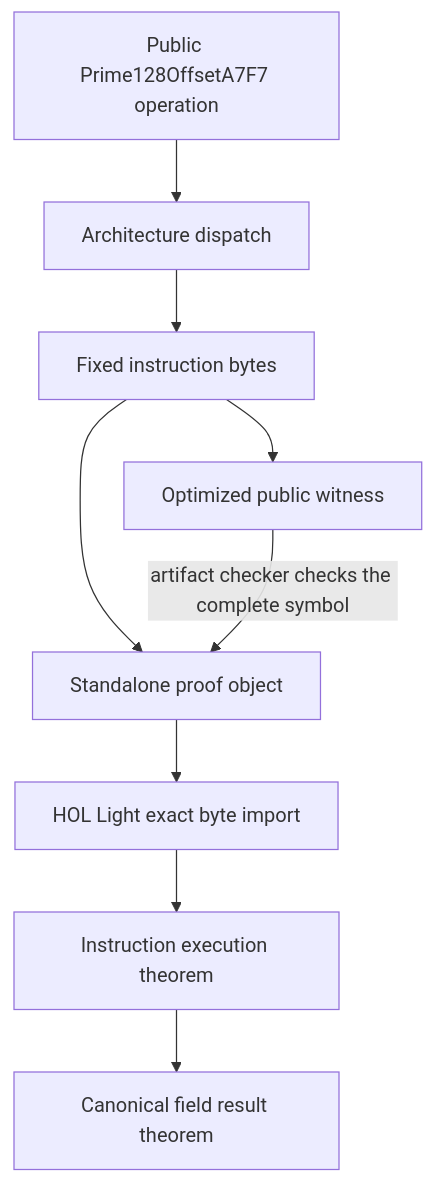
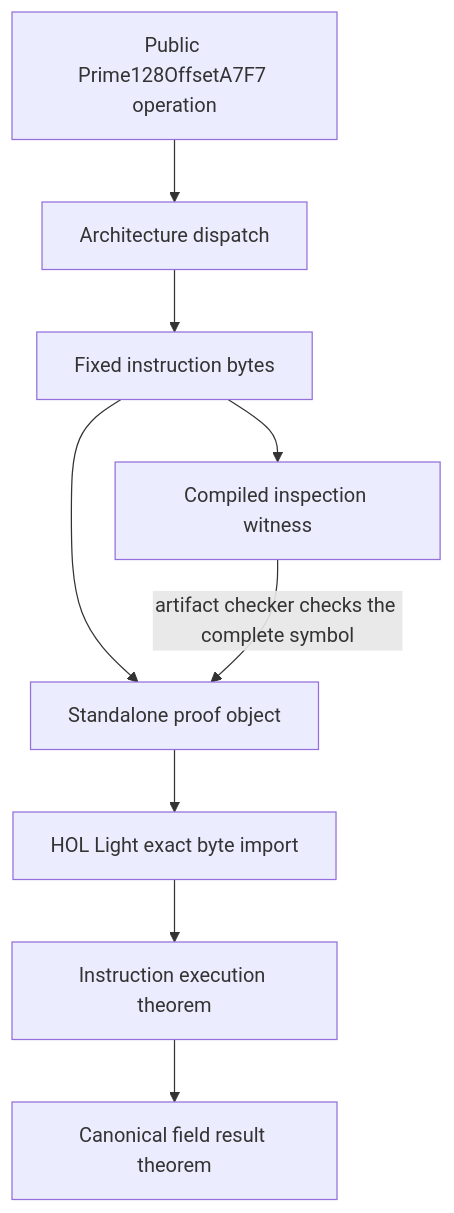
The diagram in book/src/how/formal-verification/field-kernels.md (a16z/jolt), drawn with Mermaid before and after one commit. The commit also changed other lines of this file and 7 other files, not shown here.

````diff
--- a/book/src/how/formal-verification/field-kernels.md
+++ b/book/src/how/formal-verification/field-kernels.md
@@ -21,20 +24,20 @@
 ```mermaid
 flowchart TD
     Public[Public Prime128OffsetA7F7 operation]
     Dispatch[Architecture dispatch]
     Body[Fixed instruction bytes]
-    Witness[Optimized public witness]
+    Witness[Compiled inspection witness]
     Object[Standalone proof object]
     Import[HOL Light exact byte import]
     Execute[Instruction execution theorem]
     Result[Canonical field result theorem]
 
     Public --> Dispatch
     Dispatch --> Body
     Body --> Witness
     Body --> Object
     Witness -->|artifact checker checks the complete symbol| Object
     Object --> Import
     Import --> Execute
     Execute --> Result
 ```
````
